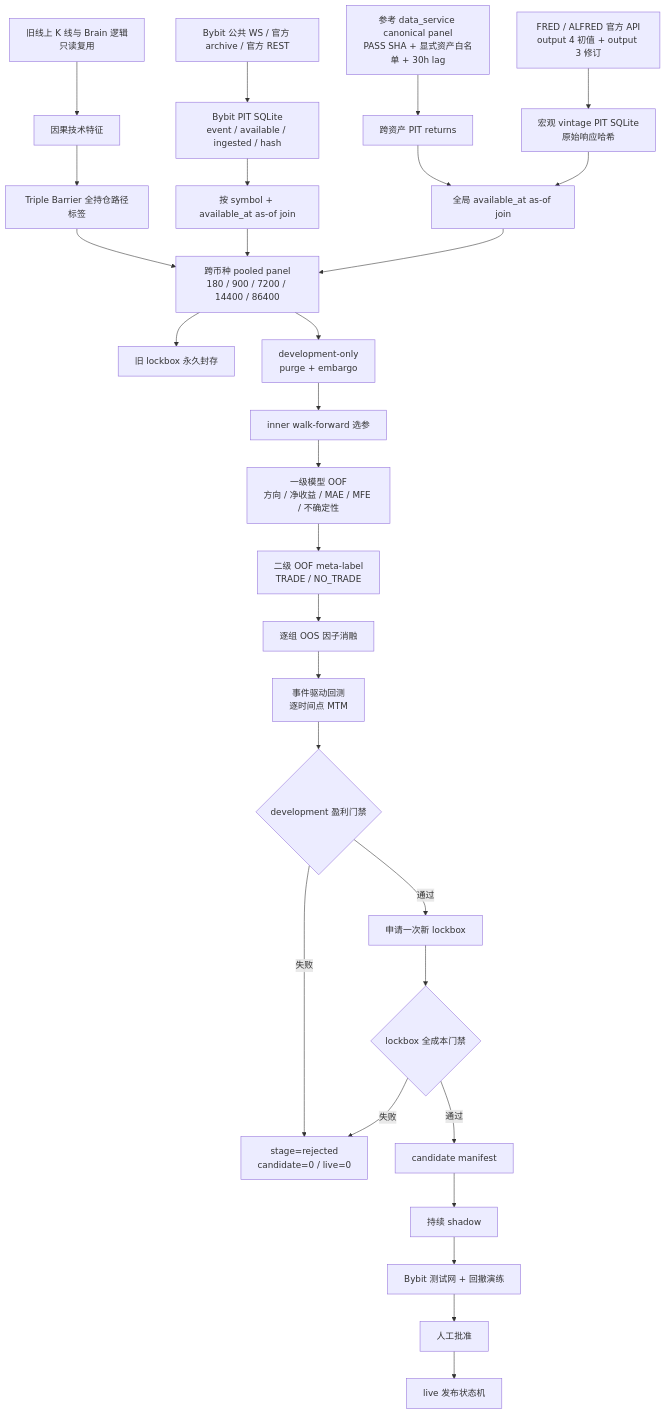
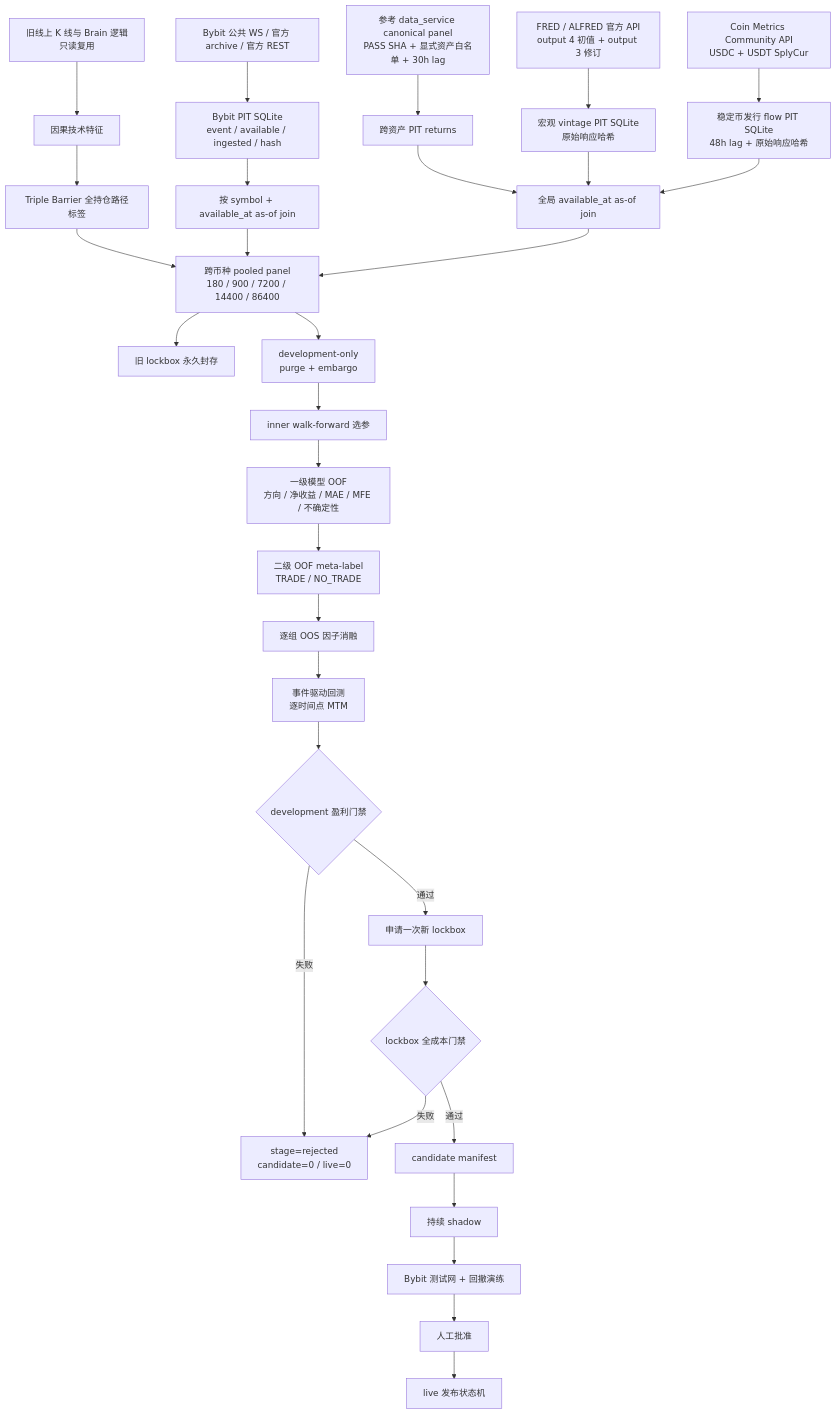
The first of 2 diagrams in ai_bot3/ai_bot3/docs/profitability_alpha_architecture.md (ckbkdj/ai-bybit-trading-system), drawn with Mermaid before and after one commit. The commit also changed other lines of this file and 10 other files, not shown here.

Commit message:
Add audited stablecoin and fund flow PIT factors

````diff
--- a/ai_bot3/ai_bot3/docs/profitability_alpha_architecture.md
+++ b/ai_bot3/ai_bot3/docs/profitability_alpha_architecture.md
@@ -19,34 +19,36 @@
 ```mermaid
 flowchart TD
     A[旧线上 K 线与 Brain 逻辑<br/>只读复用] --> B[因果技术特征]
     C[Bybit 公共 WS / 官方 archive / 官方 REST] --> D[Bybit PIT SQLite<br/>event / available / ingested / hash]
     E[参考 data_service canonical panel<br/>PASS SHA + 显式资产白名单 + 30h lag] --> F[跨资产 PIT returns]
     G[FRED / ALFRED 官方 API<br/>output 4 初值 + output 3 修订] --> H[宏观 vintage PIT SQLite<br/>原始响应哈希]
+    AC[Coin Metrics Community API<br/>USDC + USDT SplyCur] --> AD[稳定币发行 flow PIT SQLite<br/>48h lag + 原始响应哈希]
 
     B --> I[Triple Barrier 全持仓路径标签]
     D --> J[按 symbol + available_at as-of join]
     F --> K[全局 available_at as-of join]
     H --> K
+    AD --> K
     I --> L[跨币种 pooled panel<br/>180 / 900 / 7200 / 14400 / 86400]
     J --> L
     K --> L
 
     L --> M[旧 lockbox 永久封存]
     L --> N[development-only<br/>purge + embargo]
     N --> O[inner walk-forward 选参]
     O --> P[一级模型 OOF<br/>方向 / 净收益 / MAE / MFE / 不确定性]
     P --> Q[二级 OOF meta-label<br/>TRADE / NO_TRADE]
     Q --> R[逐组 OOS 因子消融]
     R --> S[事件驱动回测<br/>逐时间点 MTM]
     S --> T{development 盈利门禁}
 
     T -- 失败 --> U[stage=rejected<br/>candidate=0 / live=0]
     T -- 通过 --> V[申请一次新 lockbox]
     V --> W{lockbox 全成本门禁}
     W -- 失败 --> U
     W -- 通过 --> X[candidate manifest]
     X --> Y[持续 shadow]
     Y --> Z[Bybit 测试网 + 回撤演练]
     Z --> AA[人工批准]
     AA --> AB[live 发布状态机]
 ```
````
